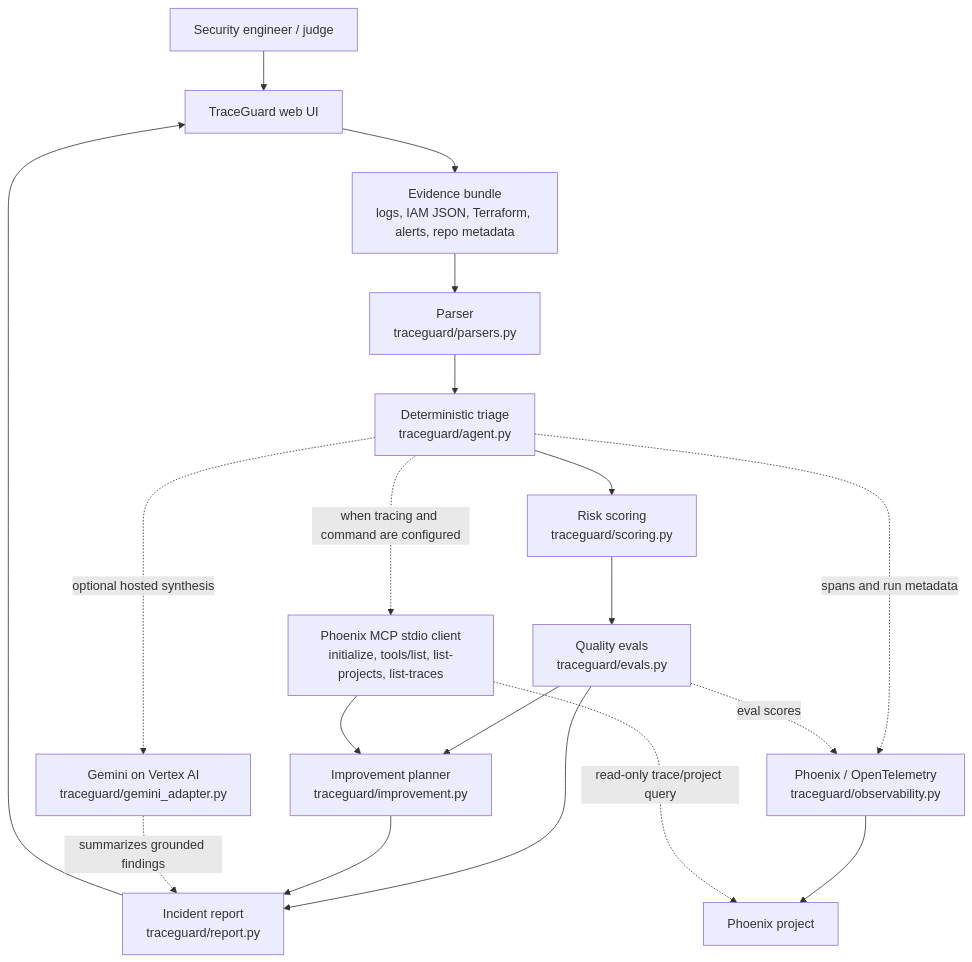
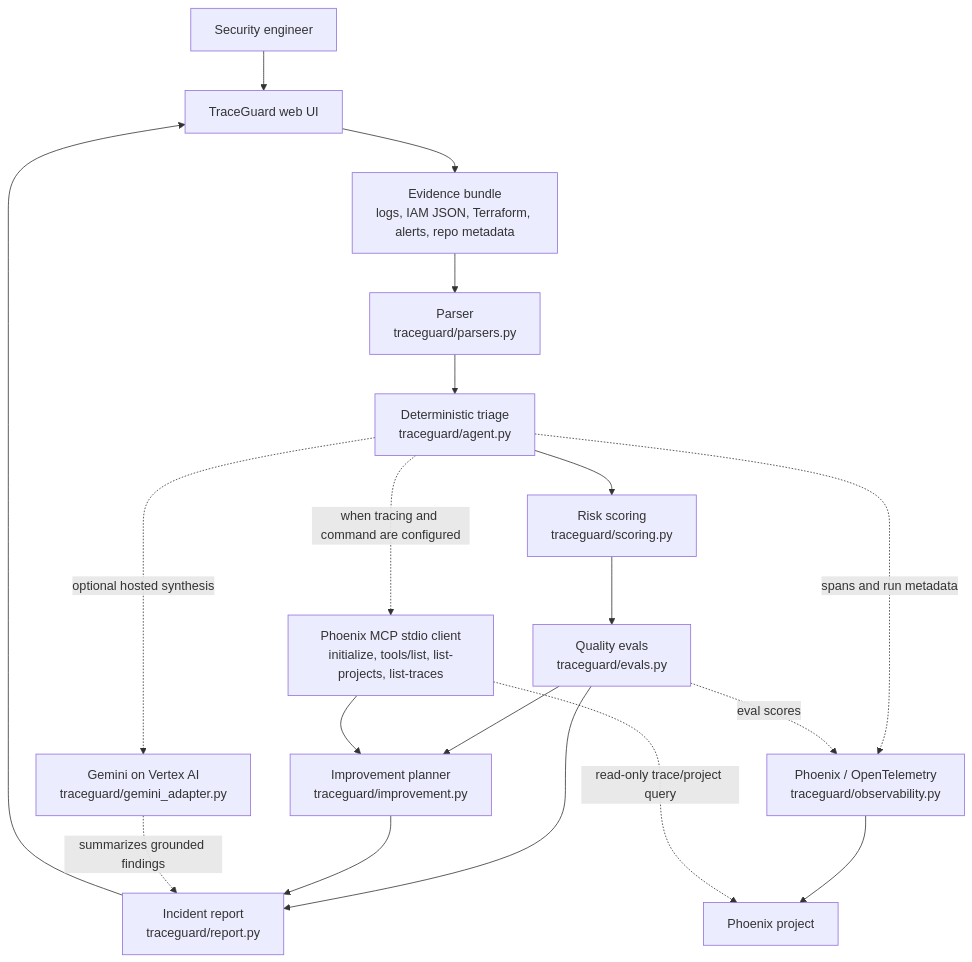
One commit to Lockelamoree/TraceGuard changed the diagram in README.md. Above: the diagram before and after it, drawn with Mermaid. The commit also changed other lines of this file and 1 other file, not shown here.

````diff
--- a/README.md
+++ b/README.md
@@ -77,24 +45,24 @@
 ```mermaid
 flowchart TD
-    reviewer["Security engineer / judge"] --> ui["TraceGuard web UI"]
+    reviewer["Security engineer"] --> ui["TraceGuard web UI"]
     ui --> evidence["Evidence bundle<br/>logs, IAM JSON, Terraform, alerts, repo metadata"]
     evidence --> parser["Parser<br/>traceguard/parsers.py"]
     parser --> triage["Deterministic triage<br/>traceguard/agent.py"]
     triage --> scoring["Risk scoring<br/>traceguard/scoring.py"]
     scoring --> evals["Quality evals<br/>traceguard/evals.py"]
     evals --> improve["Improvement planner<br/>traceguard/improvement.py"]
     evals --> report["Incident report<br/>traceguard/report.py"]
     improve --> report
     report --> ui
 
     triage -. "optional hosted synthesis" .-> gemini["Gemini on Vertex AI<br/>traceguard/gemini_adapter.py"]
     gemini -. "summarizes grounded findings" .-> report
 
     triage -. "spans and run metadata" .-> phoenixOtel["Phoenix / OpenTelemetry<br/>traceguard/observability.py"]
     evals -. "eval scores" .-> phoenixOtel
     phoenixOtel --> phoenix["Phoenix project"]
 
     triage -. "when tracing and command are configured" .-> mcp["Phoenix MCP stdio client<br/>initialize, tools/list, list-projects, list-traces"]
     mcp -. "read-only trace/project query" .-> phoenix
     mcp --> improve
 ```
````
